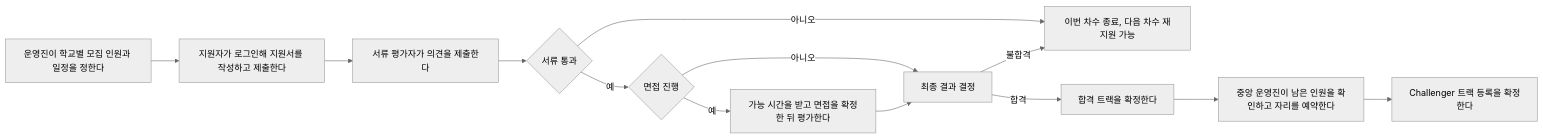
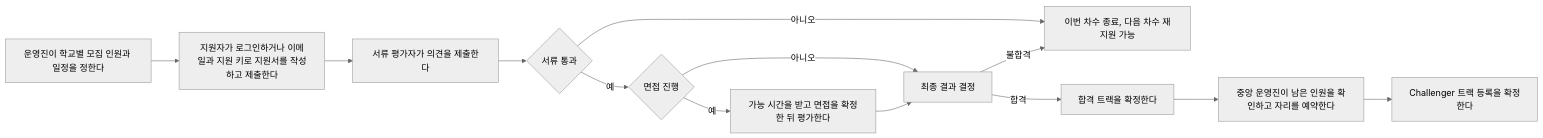
One commit to UMC-PRODUCT/cygnus-server changed the second of 2 diagrams in docs/onboarding/domain/recruiting.md. Above: the diagram before and after it, drawn with Mermaid (neutral theme). The commit also changed other lines of this file and 3 other files, not shown here.

Commit message:
docs: update recruiting anonymous application flow

````diff
--- a/docs/onboarding/domain/recruiting.md
+++ b/docs/onboarding/domain/recruiting.md
@@ -129,15 +129,15 @@
 ```mermaid
 flowchart LR
-    A["운영진이 학교별 모집 인원과 일정을 정한다"] --> B["지원자가 로그인해 지원서를 작성하고 제출한다"]
+    A["운영진이 학교별 모집 인원과 일정을 정한다"] --> B["지원자가 로그인하거나 이메일과 지원 키로 지원서를 작성하고 제출한다"]
     B --> C["서류 평가자가 의견을 제출한다"]
     C --> D{"서류 통과"}
     D -->|"아니오"| E["이번 차수 종료, 다음 차수 재지원 가능"]
     D -->|"예"| F{"면접 진행"}
     F -->|"아니오"| H["최종 결과 결정"]
     F -->|"예"| G["가능 시간을 받고 면접을 확정한 뒤 평가한다"]
     G --> H
     H -->|"불합격"| E
     H -->|"합격"| I["합격 트랙을 확정한다"]
     I --> J["중앙 운영진이 남은 인원을 확인하고 자리를 예약한다"]
     J --> K["Challenger 트랙 등록을 확정한다"]
 ```
````
